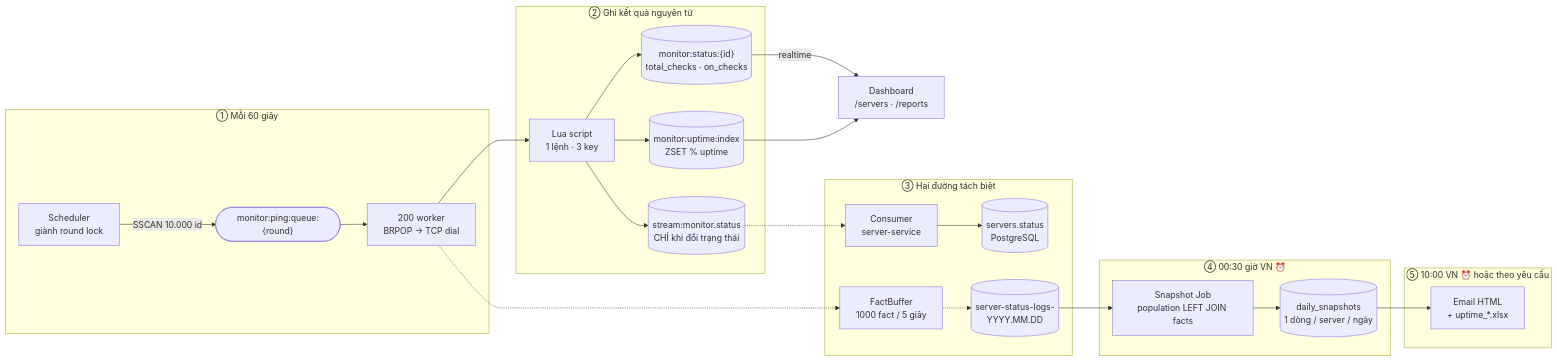
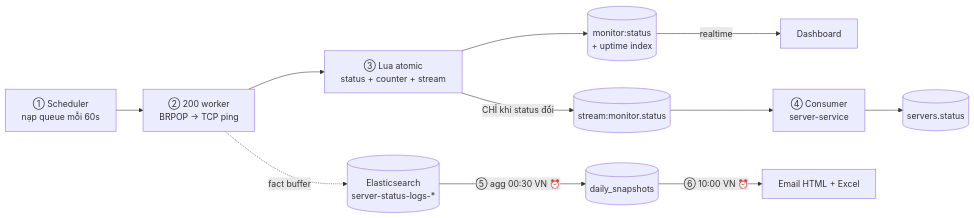
The third of 5 diagrams in .claude/diagrams/architecture-diagram.md (dwchwang/sms_microservice), drawn with Mermaid before and after one commit. The commit also changed other lines of this file and 4 other files, not shown here.

Commit message:
Refactor sequence diagrams and documentation for clarity and accuracy

````diff
--- a/.claude/diagrams/architecture-diagram.md
+++ b/.claude/diagrams/architecture-diagram.md
@@ -85,47 +69,14 @@
 ```mermaid
 graph LR
-    subgraph R1["① Mỗi 60 giây"]
-        SCH["Scheduler<br/>giành round lock"]
-        Q(["monitor:ping:queue:{round}"])
-        W["200 worker<br/>BRPOP → TCP dial"]
-        SCH -->|"SSCAN 10.000 id"| Q
-        Q --> W
-    end
+    SCH["① Scheduler<br/>nạp queue mỗi 60s"] --> W["② 200 worker<br/>BRPOP → TCP ping"]
+    W --> LUA["③ Lua atomic<br/>status + counter + stream"]
 
-    subgraph R2["② Ghi kết quả nguyên tử"]
-        LUA["Lua script<br/>1 lệnh · 3 key"]
-        ST[("monitor:status:{id}<br/>total_checks · on_checks")]
-        UX[("monitor:uptime:index<br/>ZSET % uptime")]
-        STREAM[("stream:monitor.status<br/>CHỈ khi đổi trạng thái")]
-        LUA --> ST
-        LUA --> UX
-        LUA --> STREAM
-    end
+    LUA --> ST[("monitor:status<br/>+ uptime index")]
+    LUA -->|"CHỈ khi status đổi"| STREAM[("stream:monitor.status")]
+    W -. "fact buffer" .-> ES[("Elasticsearch<br/>server-status-logs-*")]
 
-    subgraph R3["③ Hai đường tách biệt"]
-        CONS["Consumer<br/>server-service"]
-        PGS[("servers.status<br/>PostgreSQL")]
-        BUF["FactBuffer<br/>1000 fact / 5 giây"]
-        ESI[("server-status-logs-<br/>YYYY.MM.DD")]
-    end
-
-    subgraph R4["④ 00:30 giờ VN ⏰"]
-        JOB["Snapshot Job<br/>population LEFT JOIN facts"]
-        SNAP[("daily_snapshots<br/>1 dòng / server / ngày")]
-    end
-
-    subgraph R5["⑤ 10:00 VN ⏰ hoặc theo yêu cầu"]
-        MAIL["Email HTML<br/>+ uptime_*.xlsx"]
-    end
-
-    DASH["Dashboard<br/>/servers · /reports"]
-
-    W --> LUA
-    STREAM -.-> CONS --> PGS
-    W -.-> BUF -.-> ESI
-    ESI --> JOB
-    JOB --> SNAP --> MAIL
-
-    ST -->|"realtime"| DASH
-    UX --> DASH
+    STREAM --> CONS["④ Consumer<br/>server-service"] --> PGS[("servers.status")]
+    ES -->|"⑤ agg 00:30 VN ⏰"| SNAP[("daily_snapshots")]
+    SNAP -->|"⑥ 10:00 VN ⏰"| MAIL["Email HTML + Excel"]
+    ST -->|"realtime"| DASH["Dashboard"]
 ```
````
